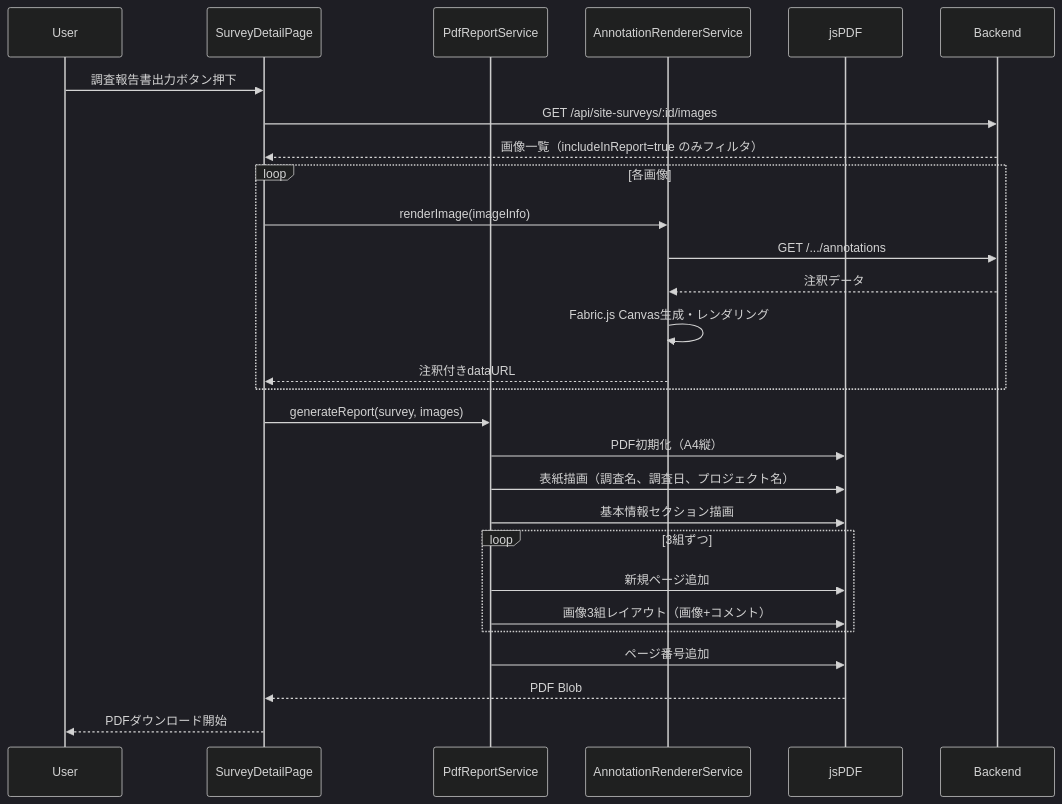
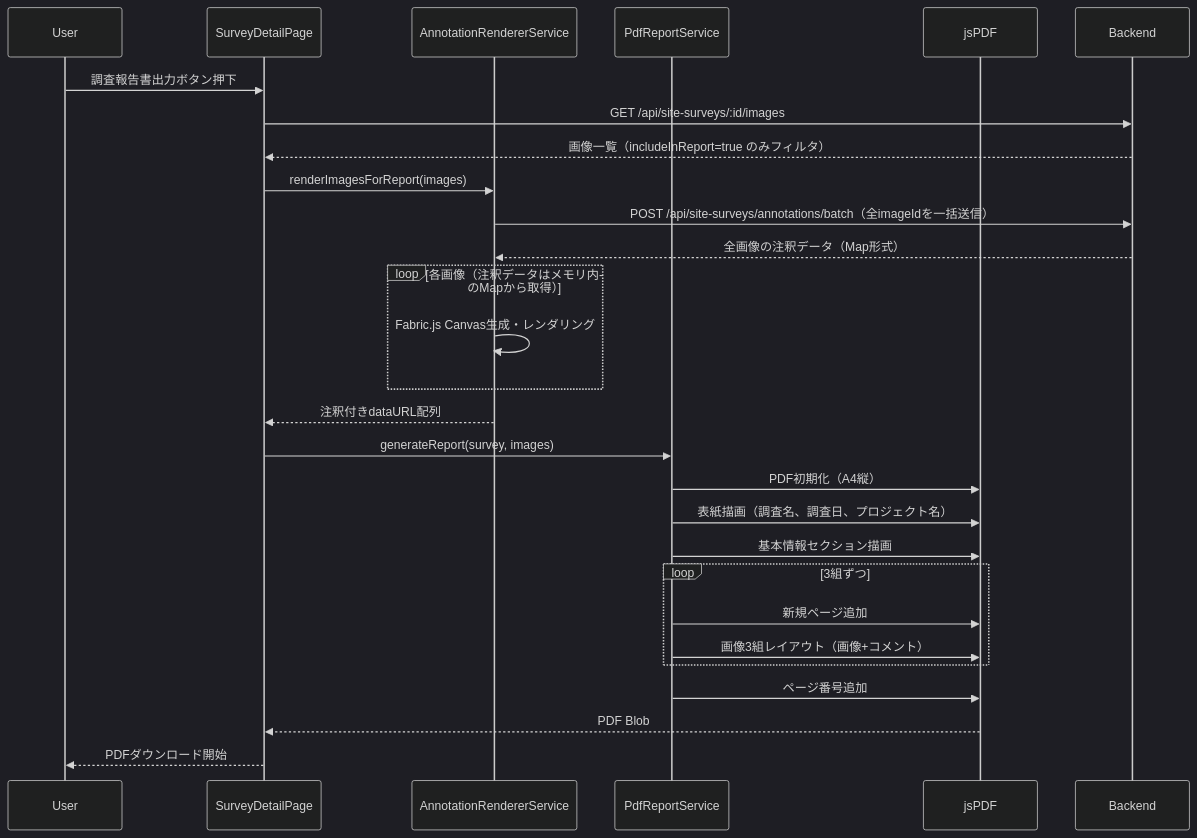
Before and after one commit to inakanou/ArchiTrack: the seventh of 10 diagrams in .kiro/specs/site-survey/design.md, drawn with Mermaid (dark theme). The commit also changed other lines of this file and 3 other files, not shown here.

````diff
--- a/.kiro/specs/site-survey/design.md
+++ b/.kiro/specs/site-survey/design.md
@@ -351,35 +352,37 @@
 ```mermaid
 sequenceDiagram
     participant User
     participant SurveyDetailPage
+    participant AnnotationRendererService
     participant PdfReportService
-    participant AnnotationRendererService
     participant jsPDF
     participant Backend
 
     User->>SurveyDetailPage: 調査報告書出力ボタン押下
     SurveyDetailPage->>Backend: GET /api/site-surveys/:id/images
     Backend-->>SurveyDetailPage: 画像一覧（includeInReport=true のみフィルタ）
 
-    loop 各画像
-        SurveyDetailPage->>AnnotationRendererService: renderImage(imageInfo)
-        AnnotationRendererService->>Backend: GET /.../annotations
-        Backend-->>AnnotationRendererService: 注釈データ
+    SurveyDetailPage->>AnnotationRendererService: renderImagesForReport(images)
+    AnnotationRendererService->>Backend: POST /api/site-surveys/annotations/batch（全imageIdを一括送信）
+    Backend-->>AnnotationRendererService: 全画像の注釈データ（Map形式）
+
+    loop 各画像（注釈データはメモリ内のMapから取得）
         AnnotationRendererService->>AnnotationRendererService: Fabric.js Canvas生成・レンダリング
-        AnnotationRendererService-->>SurveyDetailPage: 注釈付きdataURL
     end
+
+    AnnotationRendererService-->>SurveyDetailPage: 注釈付きdataURL配列
 
     SurveyDetailPage->>PdfReportService: generateReport(survey, images)
     PdfReportService->>jsPDF: PDF初期化（A4縦）
     PdfReportService->>jsPDF: 表紙描画（調査名、調査日、プロジェクト名）
     PdfReportService->>jsPDF: 基本情報セクション描画
 
     loop 3組ずつ
         PdfReportService->>jsPDF: 新規ページ追加
         PdfReportService->>jsPDF: 画像3組レイアウト（画像+コメント）
     end
 
     PdfReportService->>jsPDF: ページ番号追加
     jsPDF-->>SurveyDetailPage: PDF Blob
     SurveyDetailPage-->>User: PDFダウンロード開始
 ```
````
